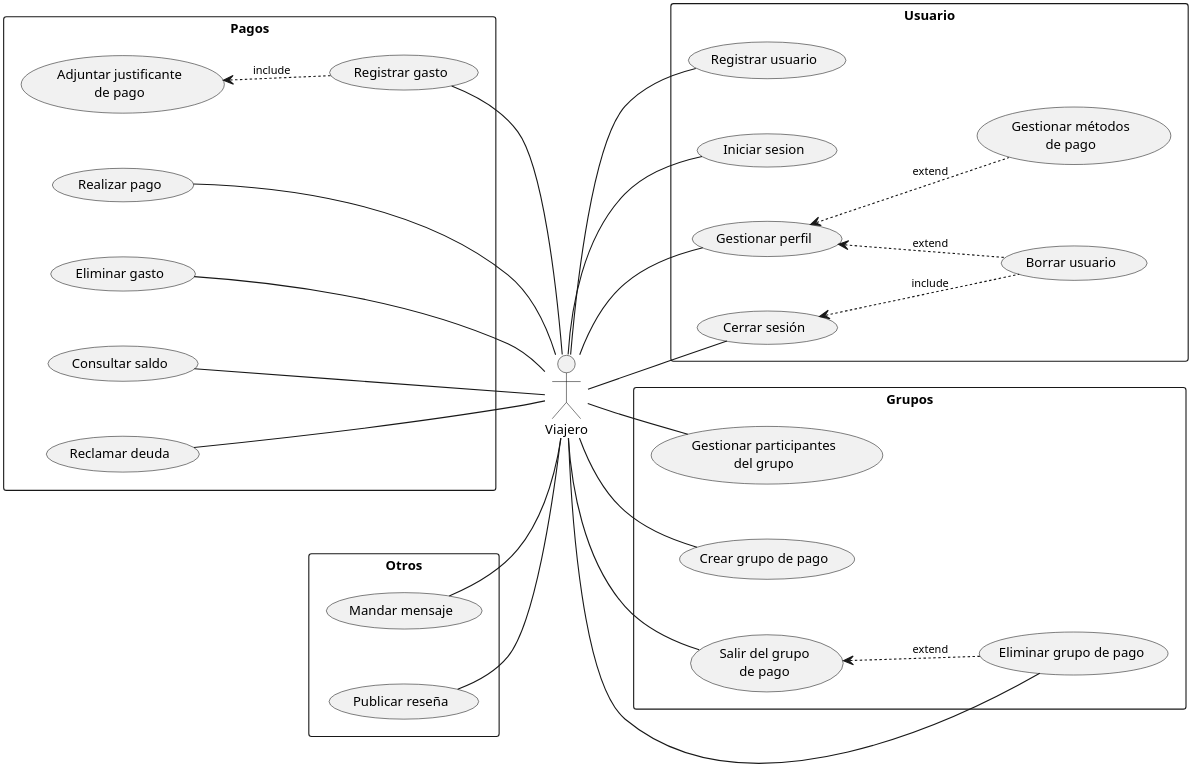
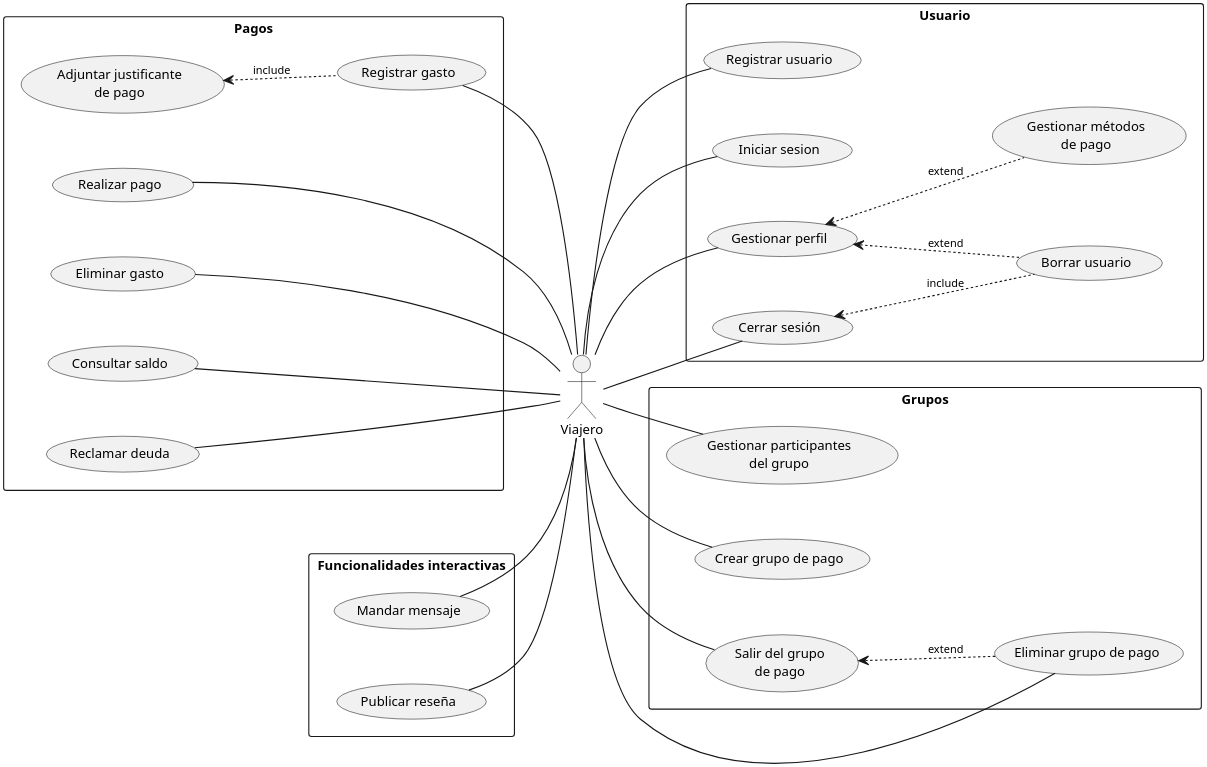
The diagram in casos_uso/casos.puml (ppabli/REM-), drawn with PlantUML before and after one commit. The commit also changed 15 other files, not shown here.

Commit message:
feat: dividir diagramas

```diff
--- a/casos_uso/casos.puml
+++ b/casos_uso/casos.puml
@@ -1,76 +1,76 @@
 @startuml
 left to right direction
 
 skinparam dpi 300
 'skinparam linetype ortho
 skinparam nodesep 50
 skinparam ranksep 50
 
 skinparam default{
   FontSize 12
 }
 
 skinparam arrowFontSize 10
 skinparam classFontSize 14
 
 skinparam arrowSize 10
 
 '''
 
 :V: as "Viajero"
 
 rectangle Usuario {
     (Registrar usuario) as registrar
     (Iniciar sesion) as iniciar_sesion
     (Gestionar perfil) as perfil
     (Gestionar métodos\nde pago) as gestionar_pagos
     (Borrar usuario) as borrar_usuario
     (Cerrar sesión) as cerrar_sesion
 
     V -- registrar
     V -- iniciar_sesion
     V -- cerrar_sesion
     V -- perfil
     perfil <.. gestionar_pagos : extend
     perfil <.. borrar_usuario : extend
     cerrar_sesion <.. borrar_usuario : include
 }
 
 rectangle Pagos {
     (Realizar pago) as pagar
     (Registrar gasto) as registrar_gasto
     (Eliminar gasto) as eliminar_gasto
     (Adjuntar justificante\nde pago) as justificante
     (Consultar saldo) as saldo
     (Reclamar deuda) as deuda
     
     pagar -- V
     registrar_gasto -- V
     eliminar_gasto -- V
     saldo -- V
     deuda -- V
     justificante <.. registrar_gasto : include
 }
 
 rectangle Grupos {
     (Gestionar participantes\ndel grupo) as participantes
     (Crear grupo de pago) as crear_grupo
     (Eliminar grupo de pago) as eliminar_grupo
     (Salir del grupo\nde pago) as salir_grupo
 
     V -down- participantes
     V -down- crear_grupo
     V -down- eliminar_grupo
     V -down- salir_grupo
     salir_grupo <.. eliminar_grupo : extend
 }
 
-rectangle Otros {
+rectangle "Funcionalidades interactivas" {
     (Mandar mensaje) as mensaje
     (Publicar reseña) as reseña
 
     mensaje -down- V
     reseña -down- V
 }
 
 @enduml
```
